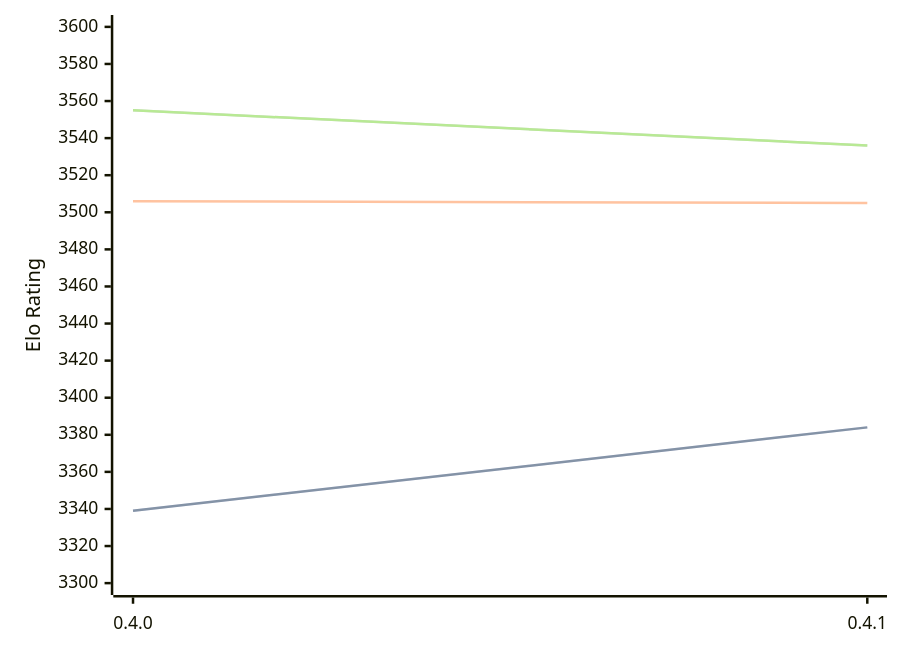
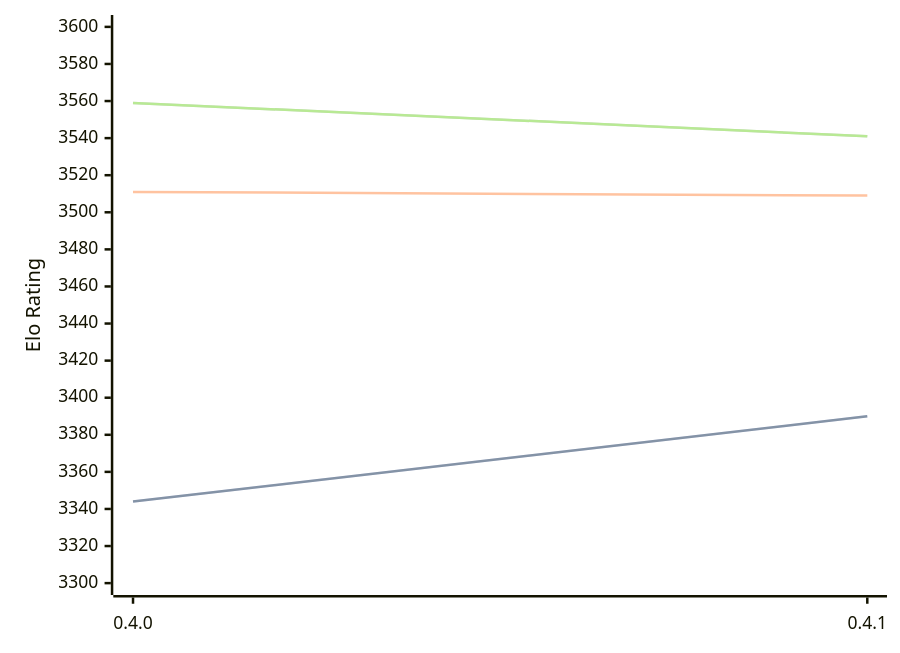
One commit to computer-chess-index/cci changed the diagram in engines/Cinder.md. Above: the diagram before and after it, drawn with Mermaid. The commit also changed other lines of this file, not shown here.

Commit message:
Update CCI Ratings (ELO VLTC) - 2026-04-14

````diff
--- a/engines/Cinder.md
+++ b/engines/Cinder.md
@@ -40,11 +40,11 @@
 ```mermaid
 %%{init: {"theme":"base","themeVariables":{"seriesColors:['#a3a3a3','#222221','#faa371']}}}%%
 xychart-beta
   x-axis ["0.4.0", "0.4.1"]
   y-axis "Elo Rating" 3300 --> 3600
-  line "STC (8.0+0.08s)" [3339, 3384]
-  line "STC (8.0+0.08s)" [3339, 3384]
-  line "LTC (60.0+0.60s)" [3506, 3505]
-  line "VLTC (2m24s+1.12s)" [3555, 3536]
-  line "VLTC (2m24s+1.12s)" [3555, 3536]
+  line "STC (8.0+0.08s)" [3344, 3390]
+  line "STC (8.0+0.08s)" [3344, 3390]
+  line "LTC (60.0+0.60s)" [3511, 3509]
+  line "VLTC (2m24s+1.12s)" [3559, 3541]
+  line "VLTC (2m24s+1.12s)" [3559, 3541]
 ```
````
